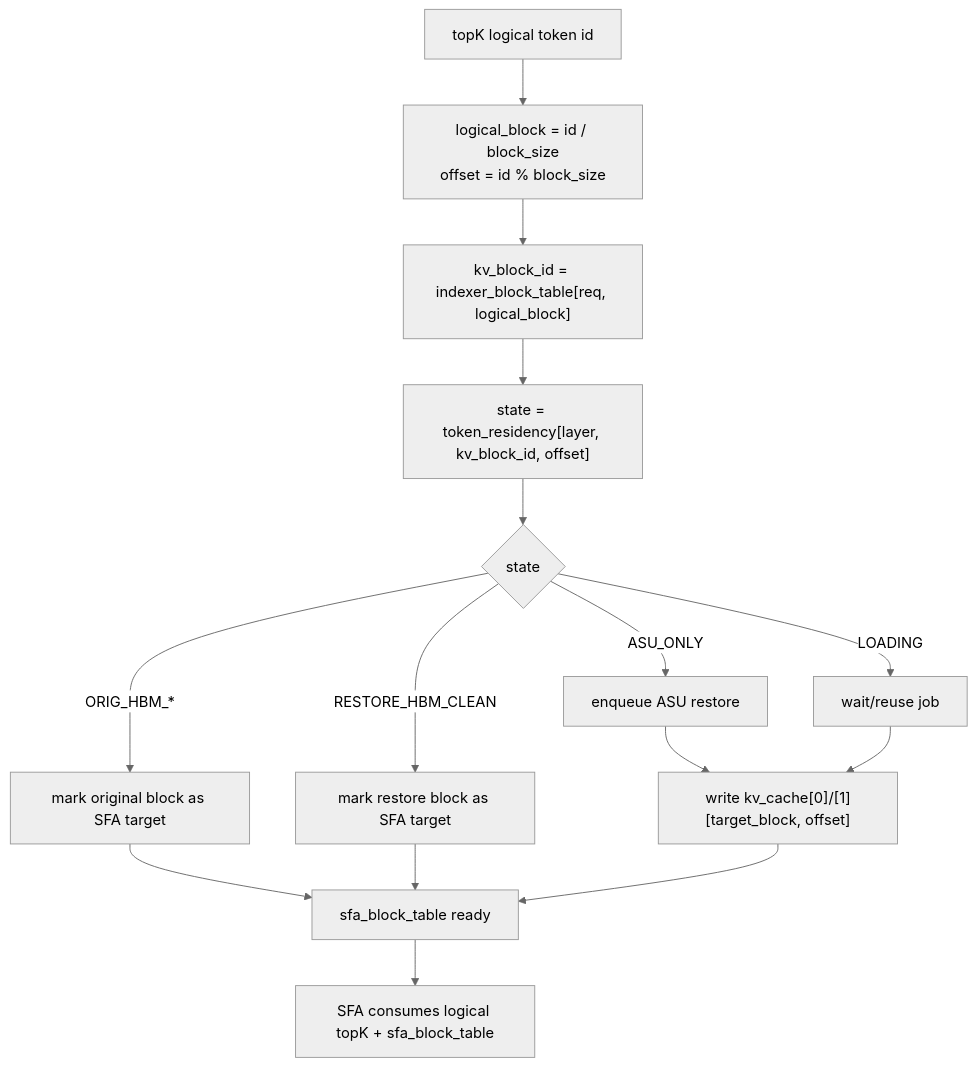
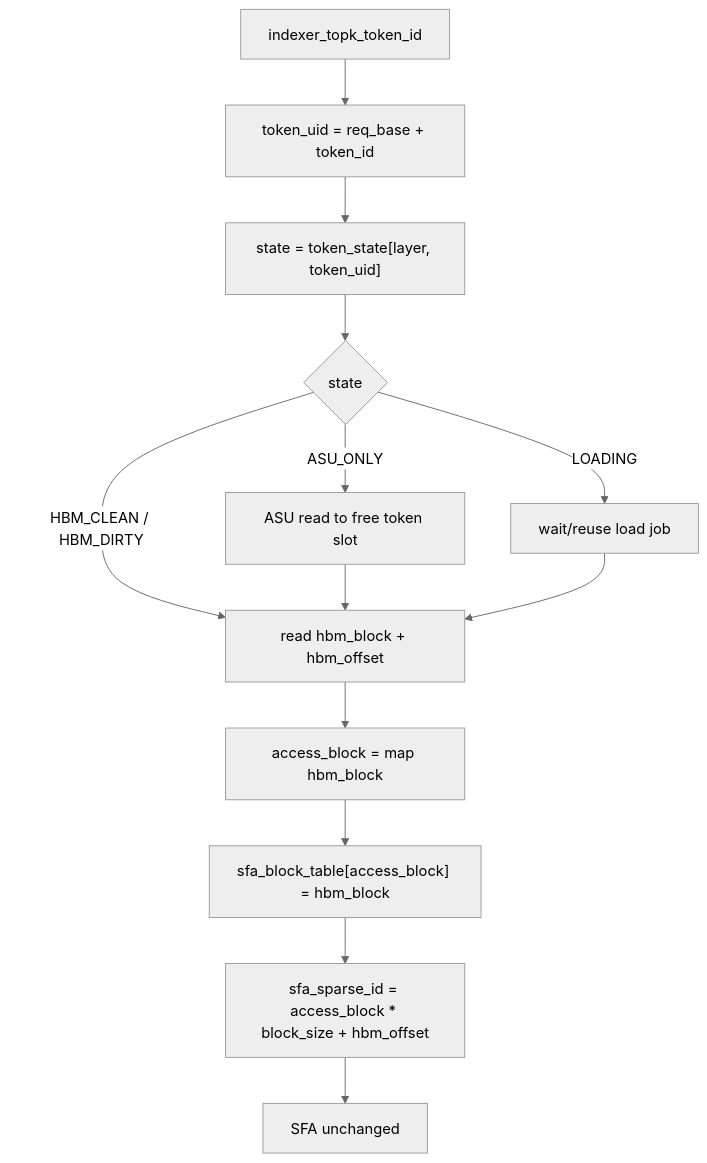
Before and after one commit to ykfnxx/ASU-Ascend: the fourth of 6 diagrams in docs/draft/2026-06-02-npu-hbm-kvcache-management-draft.md, drawn with Mermaid (neutral theme). The commit also changed other lines of this file, not shown here.

Commit message:
Refine KVCache token-state SFA remap design

````diff
--- a/docs/draft/2026-06-02-npu-hbm-kvcache-management-draft.md
+++ b/docs/draft/2026-06-02-npu-hbm-kvcache-management-draft.md
@@ -876,17 +877,15 @@
 ```mermaid
 flowchart TB
-    A["topK logical token id"] --> B["logical_block = id / block_size<br/>offset = id % block_size"]
-    B --> C["kv_block_id = indexer_block_table[req, logical_block]"]
-    C --> D["state = token_residency[layer, kv_block_id, offset]"]
-    D --> E{"state"}
-    E -- "ORIG_HBM_*" --> F["mark original block as SFA target"]
-    E -- "RESTORE_HBM_CLEAN" --> G["mark restore block as SFA target"]
-    E -- "ASU_ONLY" --> H["enqueue ASU restore"]
-    E -- "LOADING" --> I["wait/reuse job"]
-    H --> J["write kv_cache[0]/[1][target_block, offset]"]
-    I --> J
-    F --> K["sfa_block_table ready"]
-    G --> K
-    J --> K
-    K --> L["SFA consumes logical topK + sfa_block_table"]
+    A["indexer_topk_token_id"] --> B["token_uid = req_base + token_id"]
+    B --> C["state = token_state[layer, token_uid]"]
+    C --> D{"state"}
+    D -- "HBM_CLEAN / HBM_DIRTY" --> E["read hbm_block + hbm_offset"]
+    D -- "ASU_ONLY" --> F["ASU read to free token slot"]
+    D -- "LOADING" --> G["wait/reuse load job"]
+    F --> E
+    G --> E
+    E --> H["access_block = map hbm_block"]
+    H --> I["sfa_block_table[access_block] = hbm_block"]
+    I --> J["sfa_sparse_id = access_block * block_size + hbm_offset"]
+    J --> K["SFA unchanged"]
 ```
````
